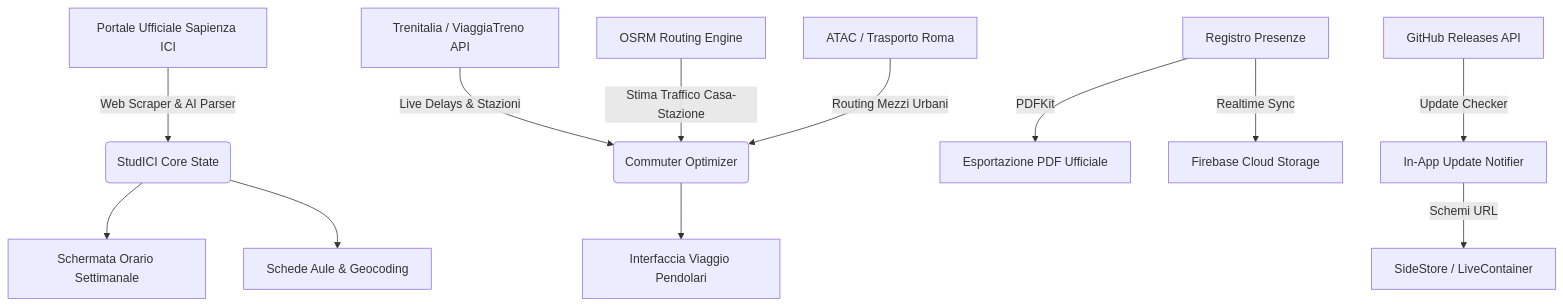
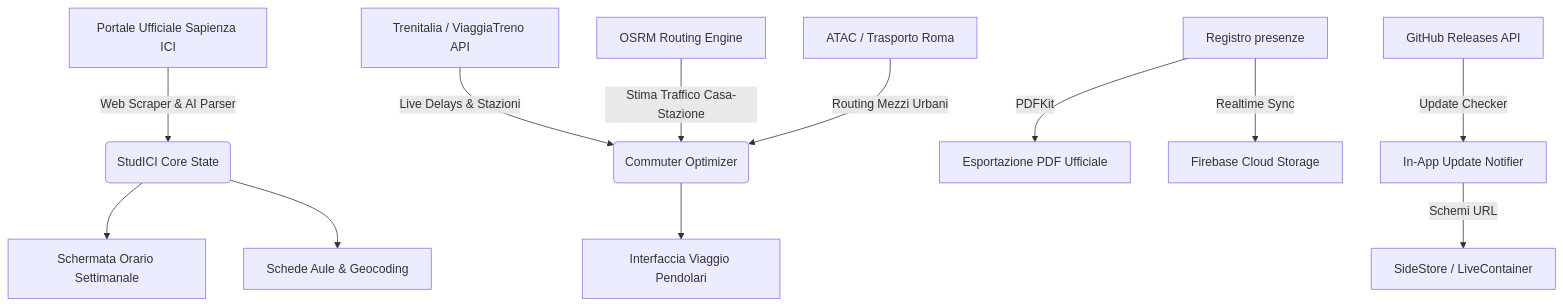
One commit to Itachisann/StudICI changed the diagram in README.md. Above: the diagram before and after it, drawn with Mermaid. The commit also changed other lines of this file and 18 other files, not shown here.

````diff
--- a/README.md
+++ b/README.md
@@ -173,14 +165,14 @@
 ```mermaid
 graph TD
     A["Portale Ufficiale Sapienza ICI"] -->|"Web Scraper & AI Parser"| B("StudICI Core State")
     C["Trenitalia / ViaggiaTreno API"] -->|"Live Delays & Stazioni"| D("Commuter Optimizer")
     E["OSRM Routing Engine"] -->|"Stima Traffico Casa-Stazione"| D
     F["ATAC / Trasporto Roma"] -->|"Routing Mezzi Urbani"| D
     D --> G["Interfaccia Viaggio Pendolari"]
     B --> H["Schermata Orario Settimanale"]
     B --> I["Schede Aule & Geocoding"]
-    J["Registro Presenze"] -->|"PDFKit"| K["Esportazione PDF Ufficiale"]
+    J["Registro presenze"] -->|"PDFKit"| K["Esportazione PDF Ufficiale"]
     J -->|"Realtime Sync"| L["Firebase Cloud Storage"]
     M["GitHub Releases API"] -->|"Update Checker"| N["In-App Update Notifier"]
     N -->|"Schemi URL"| O["SideStore / LiveContainer"]
 ```
````
